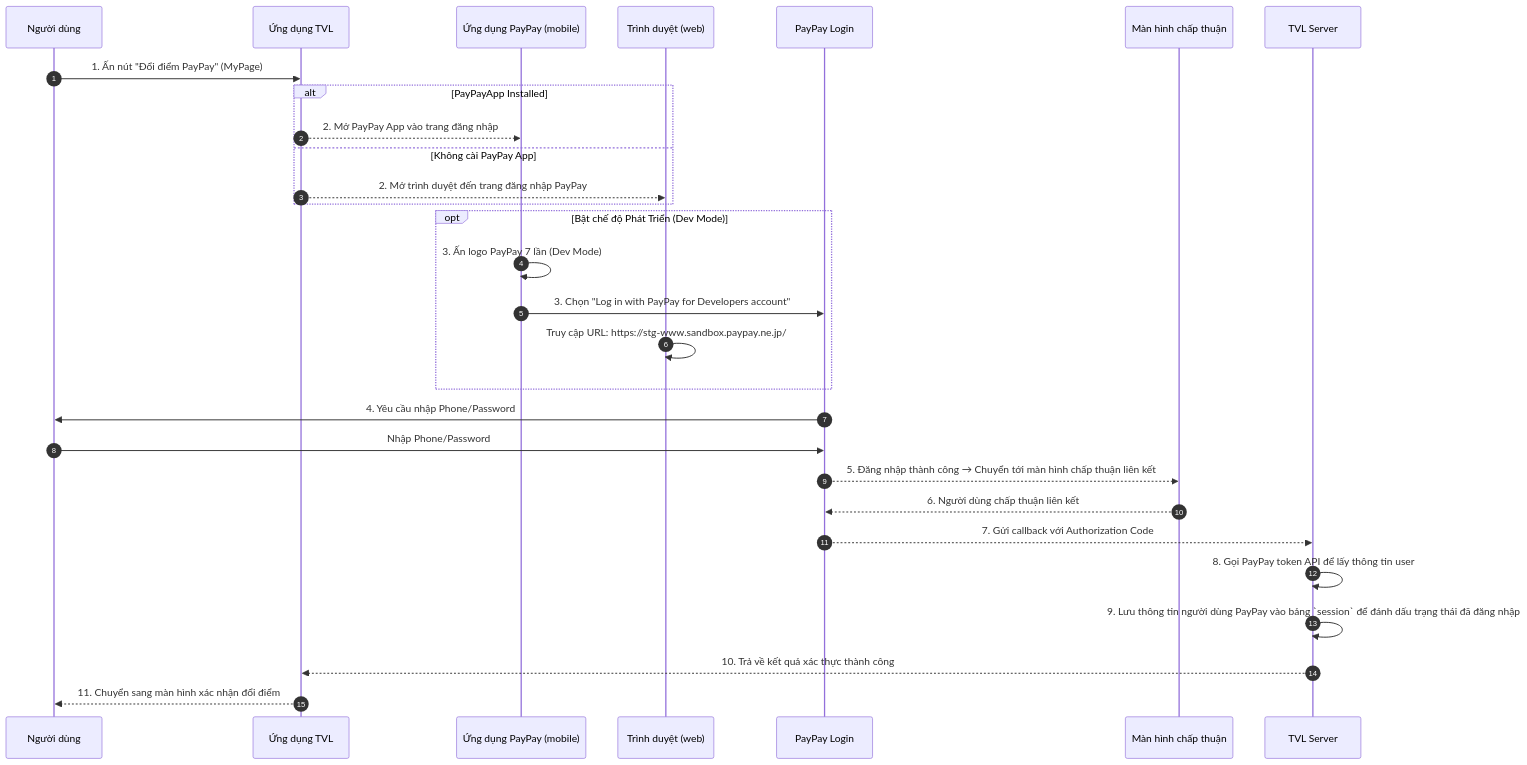
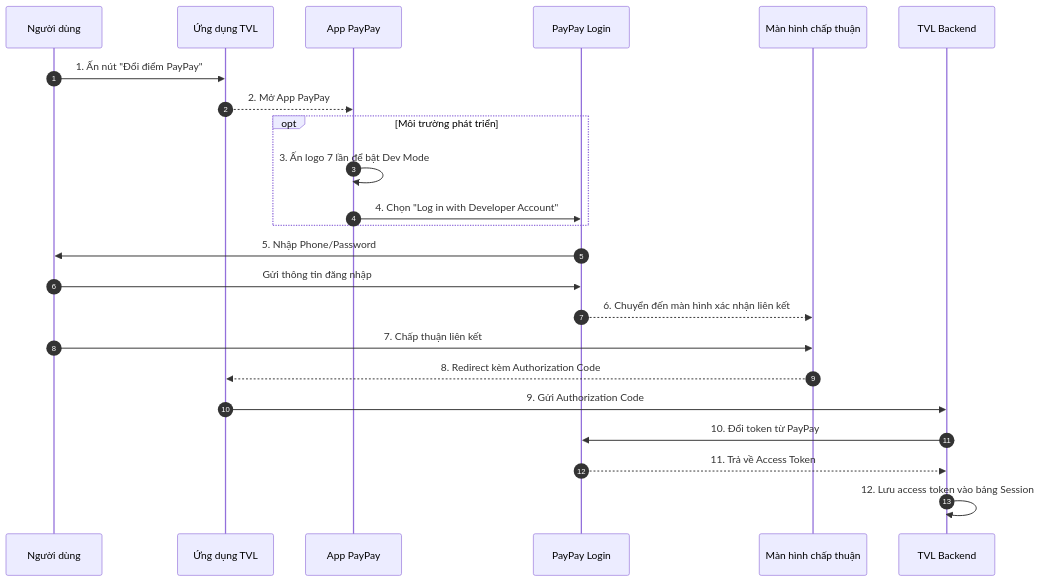
The first of 2 diagrams in docs/points_exchange/paypay/[DOC]_paypay_login.md (tuanvh262-zigexn/apw_documents), drawn with Mermaid before and after one commit. The commit also changed other lines of this file, not shown here.

Commit message:
resolve feedback - split PayPay installed & uninstall

````diff
--- a/docs/points_exchange/paypay/[DOC]_paypay_login.md
+++ b/docs/points_exchange/paypay/[DOC]_paypay_login.md
@@ -34,37 +54,26 @@
-```mermaid
-sequenceDiagram
+  ```mermaid
+  sequenceDiagram
     autonumber
     participant User as Người dùng
     participant TVLApp as Ứng dụng TVL
-    participant PayPayApp as Ứng dụng PayPay (mobile)
-    participant Browser as Trình duyệt (web)
+    participant PayPayApp as App PayPay
     participant PayPayLogin as PayPay Login
     participant Consent as Màn hình chấp thuận
-    participant TVLServer as TVL Server
+    participant TVLBE as TVL Backend
 
-    User->>TVLApp: 1. Ấn nút "Đổi điểm PayPay" (MyPage)
-
-    alt PayPayApp Installed
-        TVLApp-->>PayPayApp: 2. Mở PayPay App vào trang đăng nhập
-    else Không cài PayPay App
-        TVLApp-->>Browser: 2. Mở trình duyệt đến trang đăng nhập PayPay
+    User->>TVLApp: 1. Ấn nút "Đổi điểm PayPay"
+    TVLApp-->>PayPayApp: 2. Mở App PayPay
+    opt Môi trường phát triển
+        PayPayApp->>PayPayApp: 3. Ấn logo 7 lần để bật Dev Mode
+        PayPayApp->>PayPayLogin: 4. Chọn "Log in with Developer Account"
     end
-
-    opt Bật chế độ Phát Triển (Dev Mode)
-        PayPayApp->>PayPayApp: 3. Ấn logo PayPay 7 lần (Dev Mode)
-        PayPayApp->>PayPayLogin: 3. Chọn "Log in with PayPay for Developers account"
-        Browser->>Browser: Truy cập URL: https://stg-www.sandbox.paypay.ne.jp/
-    end
-
-    PayPayLogin->>User: 4. Yêu cầu nhập Phone/Password
-    User->>PayPayLogin: Nhập Phone/Password
-    PayPayLogin-->>Consent: 5. Đăng nhập thành công → Chuyển tới màn hình chấp thuận liên kết
-
-    Consent-->>PayPayLogin: 6. Người dùng chấp thuận liên kết
-    PayPayLogin-->>TVLServer: 7. Gửi callback với Authorization Code
-
-    TVLServer->>TVLServer: 8. Gọi PayPay token API để lấy thông tin user
-    TVLServer->>TVLServer: 9. Lưu thông tin người dùng PayPay vào bảng `session` để đánh dấu trạng thái đã đăng nhập
-    TVLServer-->>TVLApp: 10. Trả về kết quả xác thực thành công
-    TVLApp-->>User: 11. Chuyển sang màn hình xác nhận đổi điểm
-```
+    PayPayLogin->>User: 5. Nhập Phone/Password
+    User->>PayPayLogin: Gửi thông tin đăng nhập
+    PayPayLogin-->>Consent: 6. Chuyển đến màn hình xác nhận liên kết
+    User->>Consent: 7. Chấp thuận liên kết
+    Consent-->>TVLApp: 8. Redirect kèm Authorization Code
+    TVLApp->>TVLBE: 9. Gửi Authorization Code
+    TVLBE->>PayPayLogin: 10. Đổi token từ PayPay
+    PayPayLogin-->>TVLBE: 11. Trả về Access Token
+    TVLBE->>TVLBE: 12. Lưu access token vào bảng Session
+  ```
````
